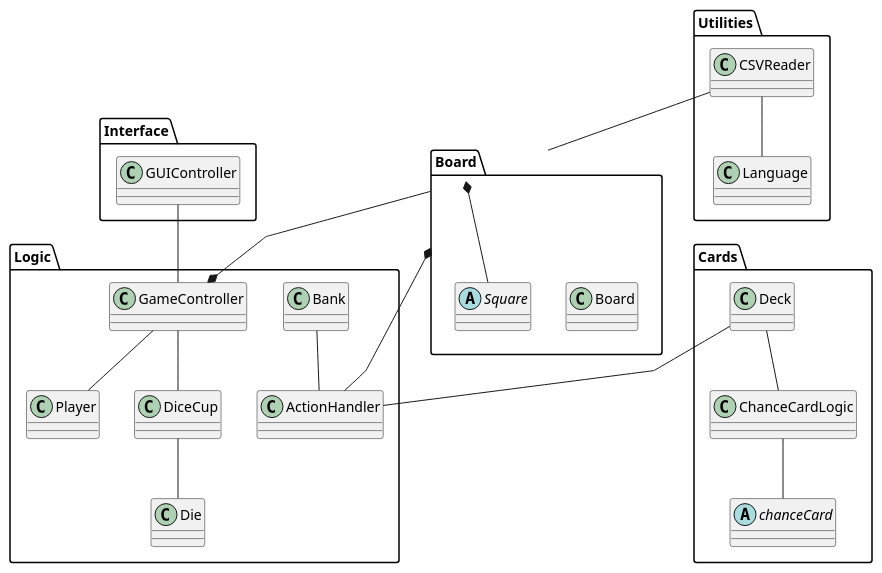
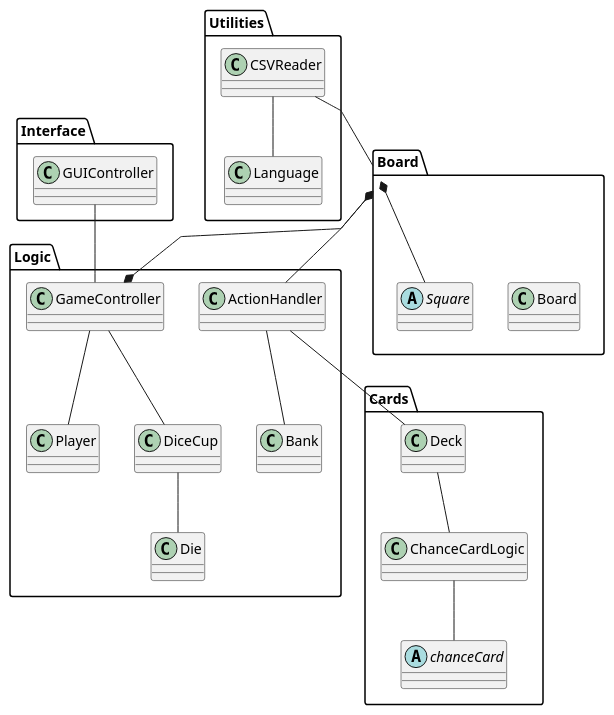
Before and after one commit to Greve2001/CDIO-final: the diagram in diagrams/Design_Class_Diagram_Without_Relations.puml, drawn with PlantUML.

```diff
--- a/diagrams/Design_Class_Diagram_Without_Relations.puml
+++ b/diagrams/Design_Class_Diagram_Without_Relations.puml
@@ -1,80 +1,80 @@
 @startuml
 'https://plantuml.com/class-diagram
 skinparam groupInheritance 2
 
 skinparam linetype polyline
 
 package Board
 {
      class Board {
     }
      abstract class Square {
      }
 }
 package Cards
 {
    abstract class chanceCard{
    }
    class Deck{
    }
    class ChanceCardLogic{
    }
 
 }
 
 package Logic{
      class Player{
      }
      class Die {
      }
 
      class DiceCup {
      }
      class Bank {
      }
      class ActionHandler {
      }
      class GameController {
      }
 }
 package Interface{
 class GUIController{
 
 }
 
 }
 package Utilities
 {
   class CSVReader{
   }
   class Language{
   }
 }
 
 
 
 GameController -u- GUIController
-Bank -- ActionHandler
+Bank -u- ActionHandler
 GameController -- DiceCup
 DiceCup -- Die
 GameController -d- Player
 
-ActionHandler -u- Deck
+ActionHandler -d- Deck
 GameController *-u- Board
 Board *-d- Square
 
 
 Deck -- ChanceCardLogic
 ChanceCardLogic -- chanceCard
 
 
 Board -u- CSVReader
 Board *- ActionHandler
 CSVReader -- Language
 
 
 
 
 
 
 @enduml
```
